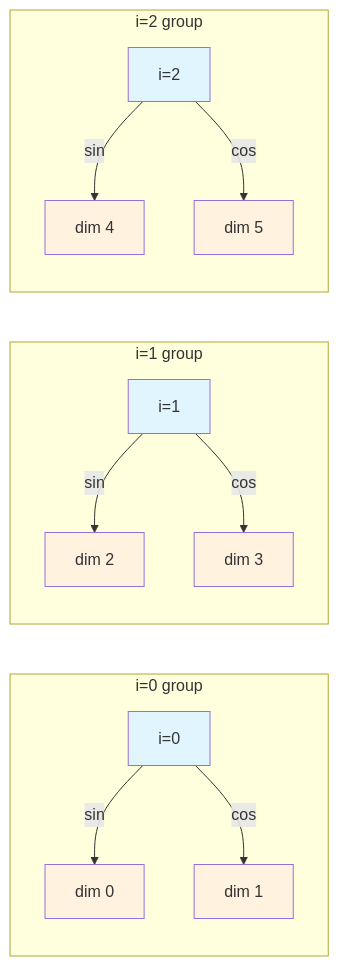
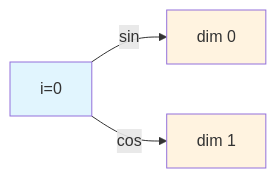
The second of 4 diagrams in Transformer/07-位置编码.md (Zheng-Enci/Knoweledges), drawn with Mermaid before and after one commit. The commit also changed other lines of this file, not shown here.

Commit message:
拆分Mermaid图为三个独立块实现横向排列

````diff
--- a/Transformer/07-位置编码.md
+++ b/Transformer/07-位置编码.md
@@ -148,27 +150,8 @@
 ```mermaid
 graph LR
-    subgraph i0_group ["i=0 group"]
     i0[i=0] -->|sin| d0[dim 0]
     i0 -->|cos| d1[dim 1]
-    end
-    
-    subgraph i1_group ["i=1 group"]
-    i1[i=1] -->|sin| d2[dim 2]
-    i1 -->|cos| d3[dim 3]
-    end
-    
-    subgraph i2_group ["i=2 group"]
-    i2[i=2] -->|sin| d4[dim 4]
-    i2 -->|cos| d5[dim 5]
-    end
-    
     style i0 fill:#e1f5fe
-    style i1 fill:#e1f5fe
-    style i2 fill:#e1f5fe
     style d0 fill:#fff3e0
     style d1 fill:#fff3e0
-    style d2 fill:#fff3e0
-    style d3 fill:#fff3e0
-    style d4 fill:#fff3e0
-    style d5 fill:#fff3e0
 ```
````
